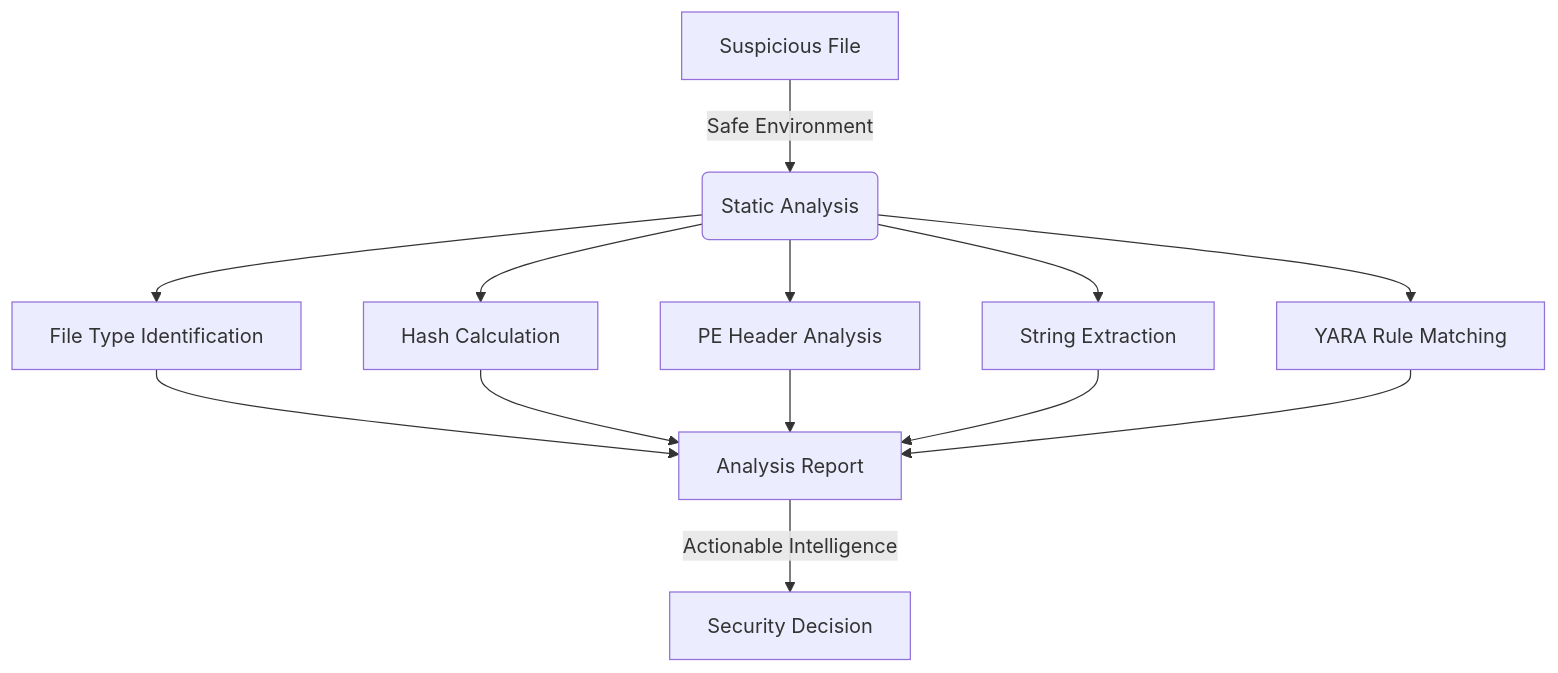
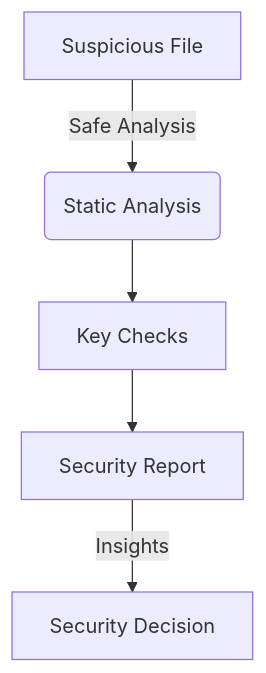
The diagram in malware-analysis-lab/README.md (lucchesi-sec/cybersec-projects), drawn with Mermaid before and after one commit. The commit also changed 5 other files, not shown here.

Commit message:
docs: simplify mermaid diagrams for better readability

````diff
--- a/malware-analysis-lab/README.md
+++ b/malware-analysis-lab/README.md
@@ -16,15 +16,7 @@
 ```mermaid
 graph TD
-    A[Suspicious File] -->|Safe Environment| B(Static Analysis)
-    B --> C[File Type Identification]
-    B --> D[Hash Calculation]
-    B --> E[PE Header Analysis]
-    B --> F[String Extraction]
-    B --> G[YARA Rule Matching]
-    C --> H[Analysis Report]
-    D --> H
-    E --> H
-    F --> H
-    G --> H
-    H -->|Actionable Intelligence| I[Security Decision]
+    A[Suspicious File] -->|"Safe Analysis"| B(Static Analysis)
+    B --> C[Key Checks]
+    C --> D[Security Report]
+    D -->|"Insights"| E[Security Decision]
 ```
````
